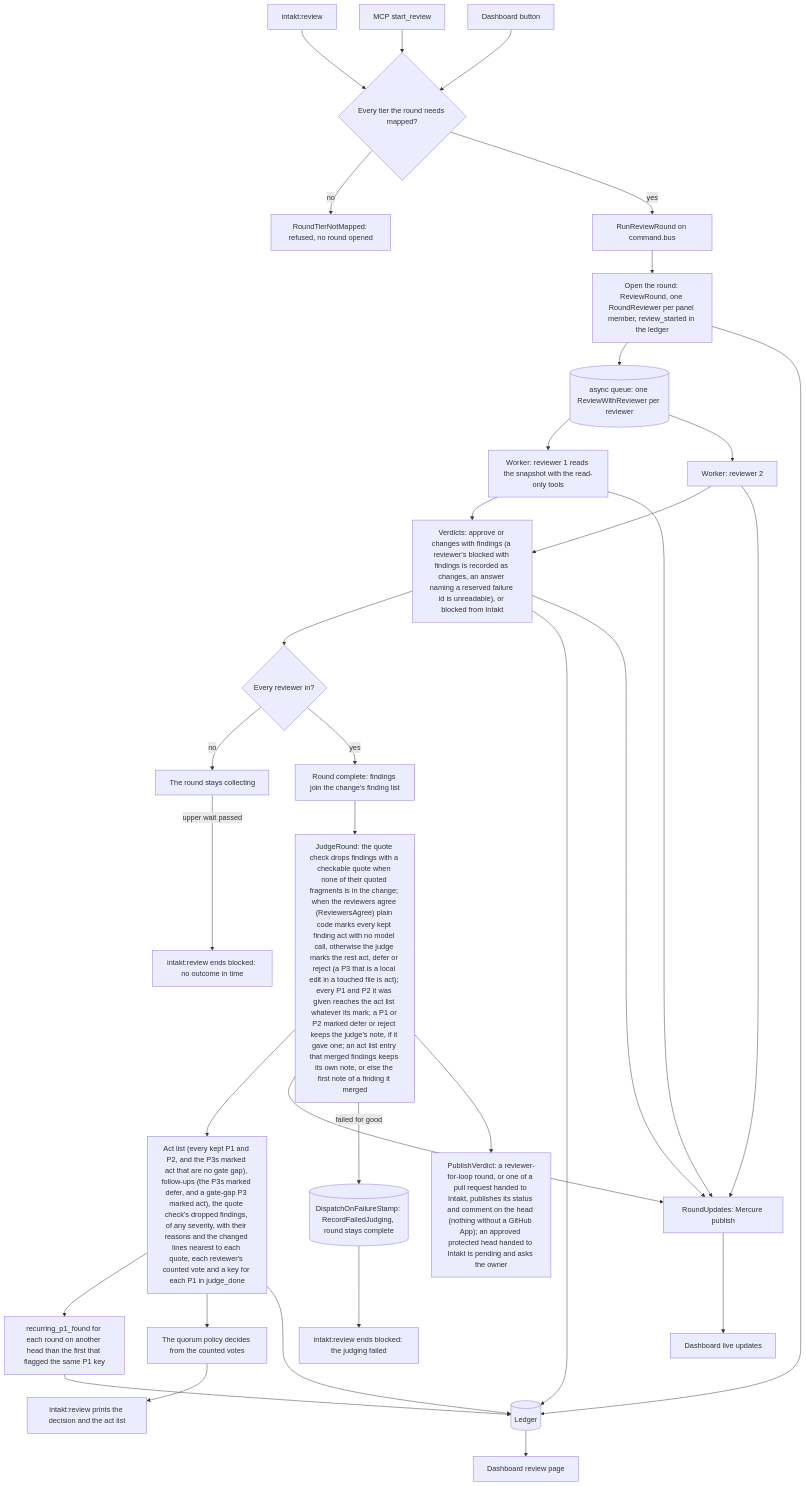
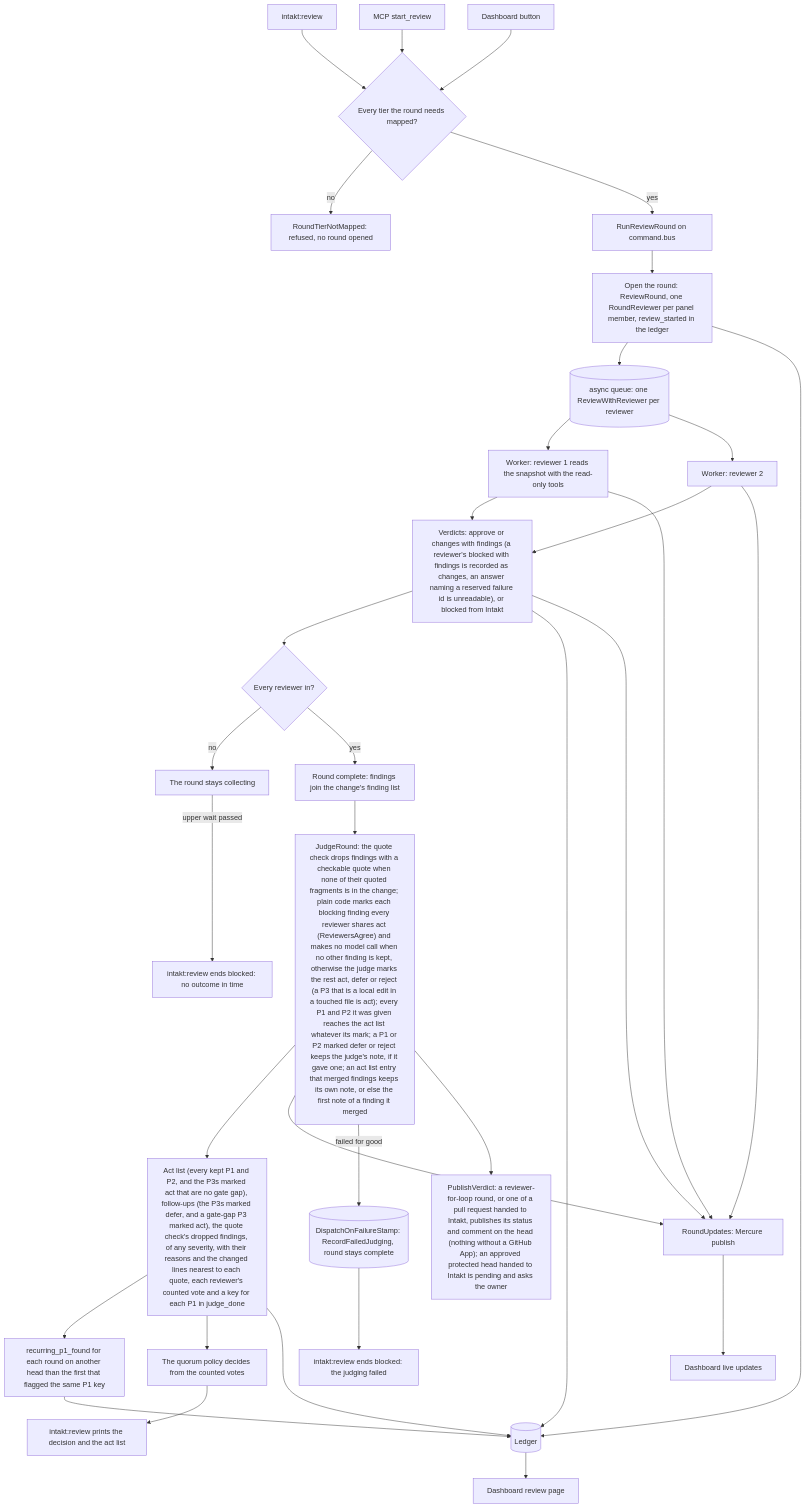
Before and after one commit to shinyredapples/intakt: the diagram in docs/architecture/review-flow.md, drawn with Mermaid. The commit also changed other lines of this file and 10 other files, not shown here.

Commit message:
docs(review): describe shared findings in the same words and the model call over the rest

````diff
--- a/docs/architecture/review-flow.md
+++ b/docs/architecture/review-flow.md
@@ -19,35 +19,35 @@
 ```mermaid
 flowchart TD
     cli["intakt:review"] --> start
     mcp["MCP start_review"] --> start
     btn["Dashboard button"] --> start
     start{"Every tier the round needs mapped?"} -->|no| refused["RoundTierNotMapped: refused, no round opened"]
     start -->|yes| run["RunReviewRound on command.bus"] --> open["Open the round: ReviewRound, one RoundReviewer per panel member, review_started in the ledger"]
     open --> queue[("async queue: one ReviewWithReviewer per reviewer")]
     queue --> w1["Worker: reviewer 1 reads the snapshot with the read-only tools"]
     queue --> w2["Worker: reviewer 2"]
     w1 --> verdicts["Verdicts: approve or changes with findings (a reviewer's blocked with findings is recorded as changes, an answer naming a reserved failure id is unreadable), or blocked from Intakt"]
     w2 --> verdicts
     verdicts --> complete{"Every reviewer in?"}
     complete -->|no| wait["The round stays collecting"]
     complete -->|yes| collected["Round complete: findings join the change's finding list"]
-    collected --> judge["JudgeRound: the quote check drops findings with a checkable quote when none of their quoted fragments is in the change; when the reviewers agree (ReviewersAgree) plain code marks every kept finding act with no model call, otherwise the judge marks the rest act, defer or reject (a P3 that is a local edit in a touched file is act); every P1 and P2 it was given reaches the act list whatever its mark; a P1 or P2 marked defer or reject keeps the judge's note, if it gave one; an act list entry that merged findings keeps its own note, or else the first note of a finding it merged"]
+    collected --> judge["JudgeRound: the quote check drops findings with a checkable quote when none of their quoted fragments is in the change; plain code marks each blocking finding every reviewer shares act (ReviewersAgree) and makes no model call when no other finding is kept, otherwise the judge marks the rest act, defer or reject (a P3 that is a local edit in a touched file is act); every P1 and P2 it was given reaches the act list whatever its mark; a P1 or P2 marked defer or reject keeps the judge's note, if it gave one; an act list entry that merged findings keeps its own note, or else the first note of a finding it merged"]
     judge --> act["Act list (every kept P1 and P2, and the P3s marked act that are no gate gap), follow-ups (the P3s marked defer, and a gate-gap P3 marked act), the quote check's dropped findings, of any severity, with their reasons and the changed lines nearest to each quote, each reviewer's counted vote and a key for each P1 in judge_done"]
     act --> recurring["recurring_p1_found for each round on another head than the first that flagged the same P1 key"]
     recurring --> ledger
     act --> quorum["The quorum policy decides from the counted votes"]
     act --> ledger[("Ledger")]
     open --> ledger
     verdicts --> ledger
     ledger --> dash["Dashboard review page"]
     w1 --> updates["RoundUpdates: Mercure publish"]
     w2 --> updates
     verdicts --> updates
     judge --> updates
     updates --> live["Dashboard live updates"]
     quorum --> out["intakt:review prints the decision and the act list"]
     judge -->|failed for good| failed[("DispatchOnFailureStamp: RecordFailedJudging, round stays complete")]
     failed --> outFailed["intakt:review ends blocked: the judging failed"]
     wait -->|upper wait passed| outLate["intakt:review ends blocked: no outcome in time"]
     judge --> publish["PublishVerdict: a reviewer-for-loop round, or one of a pull request handed to Intakt, publishes its status and comment on the head (nothing without a GitHub App); an approved protected head handed to Intakt is pending and asks the owner"]
 ```
````
